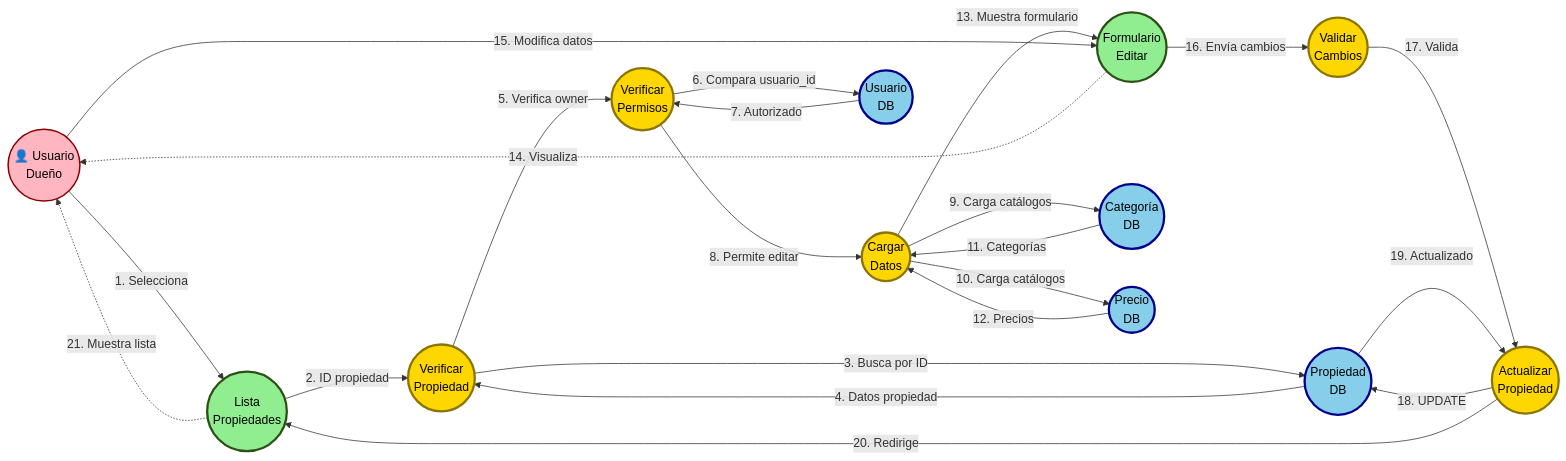
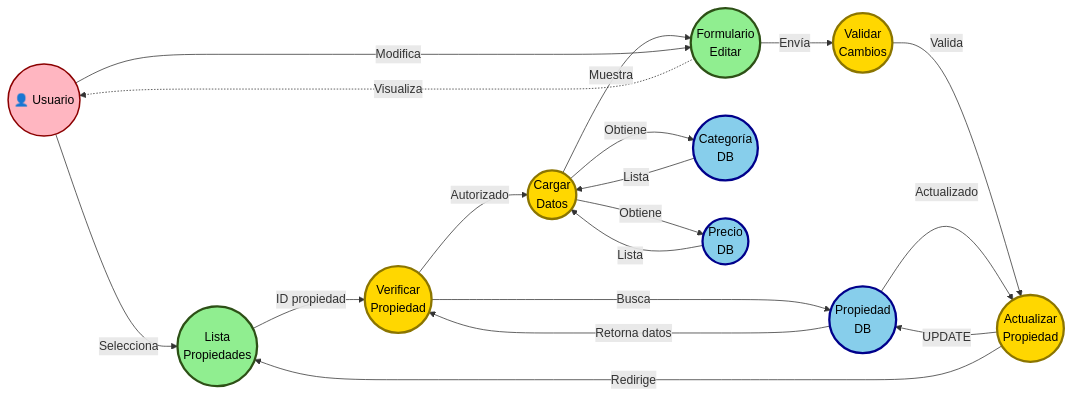
The fourth of 5 diagrams in diagrama-robustez-uml.md (cgala/TFI_HybridParking), drawn with Mermaid before and after one commit. The commit also changed other lines of this file and 1 other file, not shown here.

First line of the commit message:
Refactor: Optimizar diagramas de robustez UML

````diff
--- a/diagrama-robustez-uml.md
+++ b/diagrama-robustez-uml.md
@@ -245,54 +216,47 @@
 ```mermaid
 graph LR
-    Actor((👤 Usuario<br/>Dueño))
+    Actor((👤 Usuario))
 
     %% BOUNDARIES
     B1((Lista<br/>Propiedades))
     B2((Formulario<br/>Editar))
 
     %% CONTROLS
     C1((Verificar<br/>Propiedad))
     C2((Cargar<br/>Datos))
     C3((Validar<br/>Cambios))
     C4((Actualizar<br/>Propiedad))
-    C5((Verificar<br/>Permisos))
 
     %% ENTITIES
     E1((Propiedad<br/>DB))
     E2((Categoría<br/>DB))
     E3((Precio<br/>DB))
-    E4((Usuario<br/>DB))
 
-    Actor -->|1. Selecciona| B1
-    B1 -->|2. ID propiedad| C1
-    C1 -->|3. Busca por ID| E1
-    E1 -->|4. Datos propiedad| C1
-    C1 -->|5. Verifica owner| C5
-    C5 -->|6. Compara usuario_id| E4
-    E4 -->|7. Autorizado| C5
-    C5 -->|8. Permite editar| C2
-    C2 -->|9. Carga catálogos| E2
-    C2 -->|10. Carga catálogos| E3
-    E2 -->|11. Categorías| C2
-    E3 -->|12. Precios| C2
-    C2 -->|13. Muestra formulario| B2
-    B2 -.->|14. Visualiza| Actor
-
-    Actor -->|15. Modifica datos| B2
-    B2 -->|16. Envía cambios| C3
-    C3 -->|17. Valida| C4
-    C4 -->|18. UPDATE| E1
-    E1 -->|19. Actualizado| C4
-    C4 -->|20. Redirige| B1
-    B1 -.->|21. Muestra lista| Actor
+    Actor -->|Selecciona| B1
+    B1 -->|ID propiedad| C1
+    C1 -->|Busca| E1
+    E1 -->|Retorna datos| C1
+    C1 -->|Autorizado| C2
+    C2 -->|Obtiene| E2
+    C2 -->|Obtiene| E3
+    E2 -->|Lista| C2
+    E3 -->|Lista| C2
+    C2 -->|Muestra| B2
+    B2 -.->|Visualiza| Actor
+    Actor -->|Modifica| B2
+    B2 -->|Envía| C3
+    C3 -->|Valida| C4
+    C4 -->|UPDATE| E1
+    E1 -->|Actualizado| C4
+    C4 -->|Redirige| B1
 
     classDef boundary fill:#90EE90,stroke:#2d5016,stroke-width:3px,color:#000
     classDef control fill:#FFD700,stroke:#8B7500,stroke-width:3px,color:#000
     classDef entity fill:#87CEEB,stroke:#00008B,stroke-width:3px,color:#000
     classDef actor fill:#FFB6C1,stroke:#8B0000,stroke-width:2px,color:#000
 
     class B1,B2 boundary
-    class C1,C2,C3,C4,C5 control
-    class E1,E2,E3,E4 entity
+    class C1,C2,C3,C4 control
+    class E1,E2,E3 entity
     class Actor actor
 ```
````
